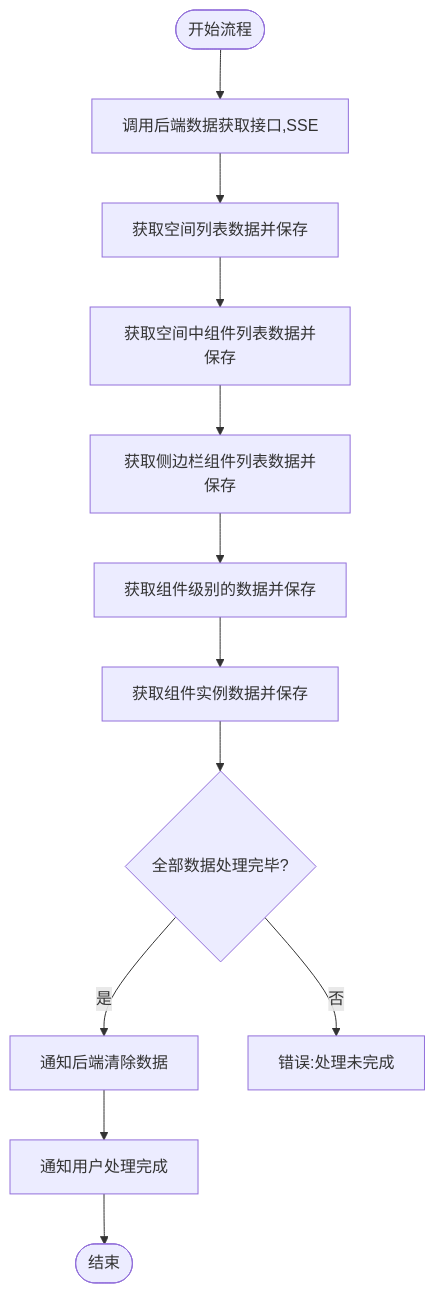
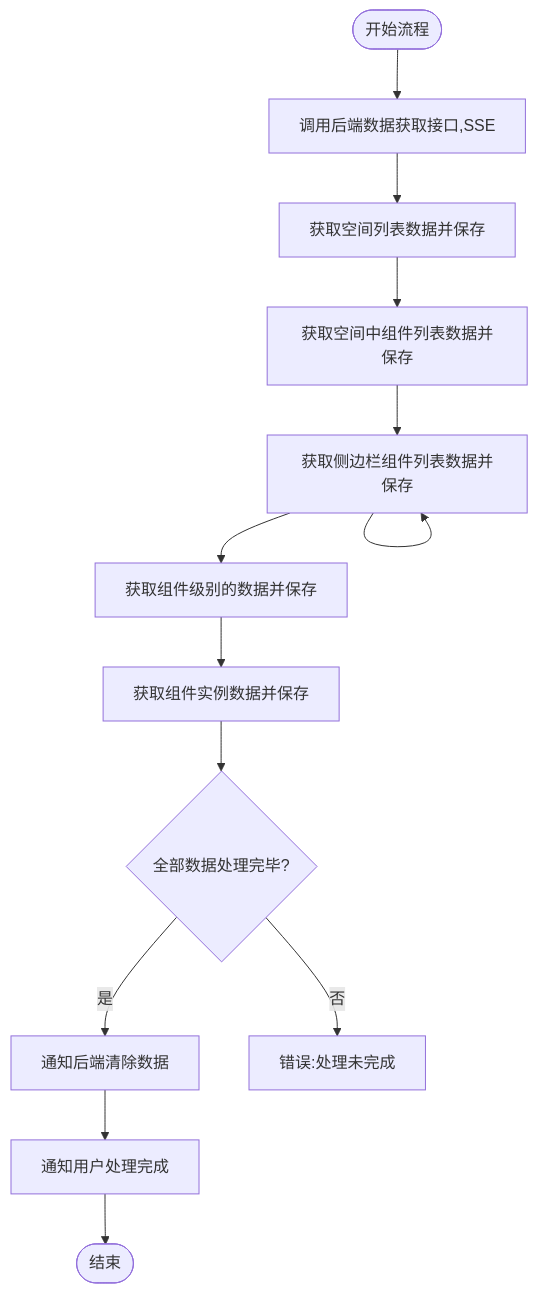
One commit to yingjianzh/iodraw-files changed the diagram in all/未命名-59.md. Above: the diagram before and after it, drawn with Mermaid.

Commit message:
2025-05-14 14:55:58 update

````diff
--- a/all/未命名-59.md
+++ b/all/未命名-59.md
@@ -1,24 +1,24 @@
 ```mermaid
 
 flowchart TD
     Start([开始流程]) --> FetchData[调用后端数据获取接口,SSE]
     FetchData --> FetchSpaceData[获取空间列表数据并保存]
    
     FetchSpaceData --> FetchSpaceComponent[获取空间中组件列表数据并保存]
 
     FetchSpaceComponent --> FetchSiderComponent[获取侧边栏组件列表数据并保存]
 
-FetchSiderComponent
+    FetchSiderComponent --> 
     FetchSiderComponent --> FetchComponent[获取组件级别的数据并保存]
 
     FetchComponent --> FetchInstance[获取组件实例数据并保存]
     
     FetchInstance --> AllComponentsProcessed{全部数据处理完毕?}
     
     AllComponentsProcessed -->|是| ClearServerData[通知后端清除数据]
     AllComponentsProcessed -->|否| Error3[错误:处理未完成]
     
     ClearServerData --> CompletionNotification[通知用户处理完成]
     CompletionNotification --> End([结束])
 
 ```
````
